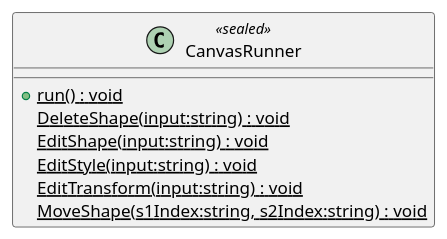
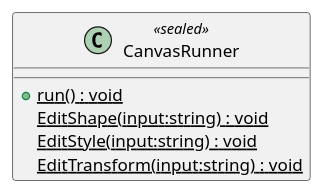
Before and after one commit to ismaelplangca/CS264_Assignment02: the diagram in plantuml/CanvasRunner.puml, drawn with PlantUML. The commit also changed 14 other files, not shown here.

```diff
--- a/plantuml/CanvasRunner.puml
+++ b/plantuml/CanvasRunner.puml
@@ -1,10 +1,8 @@
 @startuml
 class CanvasRunner <<sealed>> {
     + {static} run() : void
-    {static} DeleteShape(input:string) : void
     {static} EditShape(input:string) : void
     {static} EditStyle(input:string) : void
     {static} EditTransform(input:string) : void
-    {static} MoveShape(s1Index:string, s2Index:string) : void
 }
 @enduml
```
